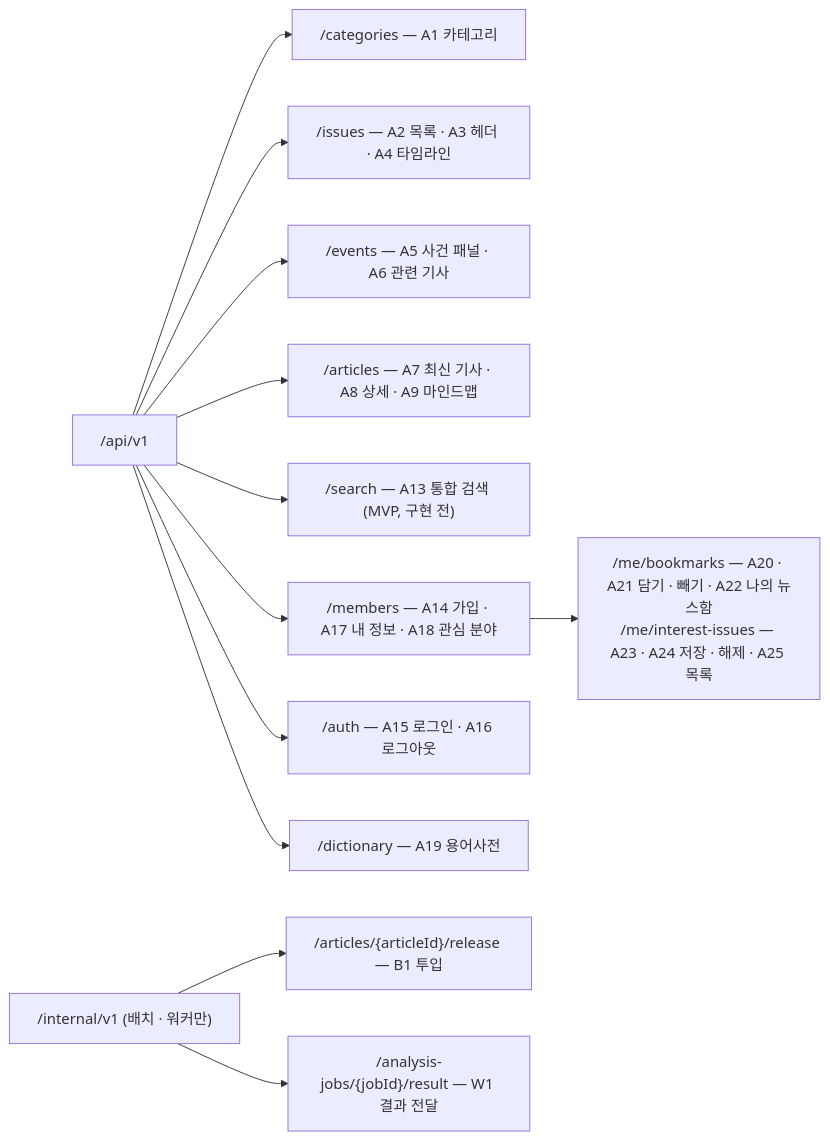
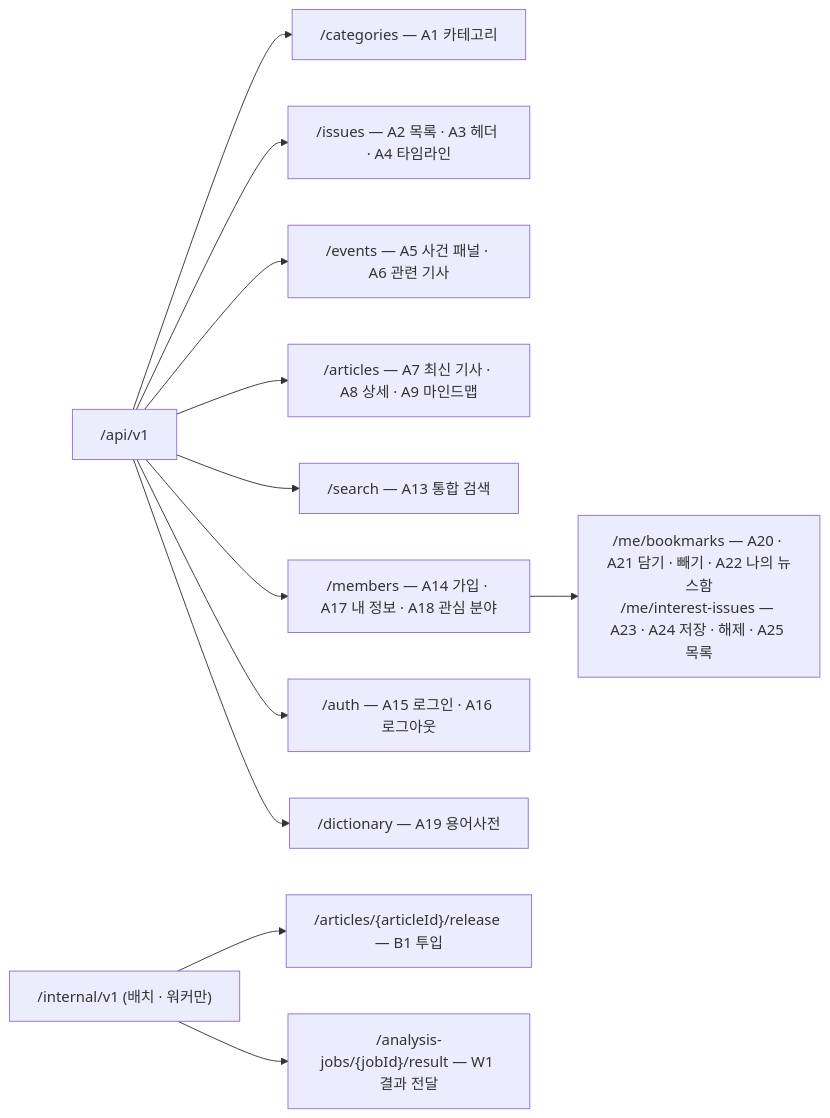
Before and after one commit to a102-NEWLEARN/NEW-LEARN: the third of 5 diagrams in docs/api.md, drawn with Mermaid. The commit also changed other lines of this file and 15 other files, not shown here.

````diff
--- a/docs/api.md
+++ b/docs/api.md
@@ -170,14 +170,14 @@
 ```mermaid
 flowchart LR
   R["/api/v1"] --> C["/categories — A1 카테고리"]
   R --> I["/issues — A2 목록 · A3 헤더 · A4 타임라인"]
   R --> E["/events — A5 사건 패널 · A6 관련 기사"]
   R --> AR["/articles — A7 최신 기사 · A8 상세 · A9 마인드맵"]
-  R --> Q["/search — A13 통합 검색 (MVP, 구현 전)"]
+  R --> Q["/search — A13 통합 검색"]
   R --> M["/members — A14 가입 · A17 내 정보 · A18 관심 분야"]
   M --> MS["/me/bookmarks — A20 · A21 담기 · 빼기 · A22 나의 뉴스함<br/>/me/interest-issues — A23 · A24 저장 · 해제 · A25 목록"]
   R --> AU["/auth — A15 로그인 · A16 로그아웃"]
   R --> D["/dictionary — A19 용어사전"]
   R2["/internal/v1 (배치 · 워커만)"] --> B1["/articles/{articleId}/release — B1 투입"]
   R2 --> W1["/analysis-jobs/{jobId}/result — W1 결과 전달"]
 ```
````
